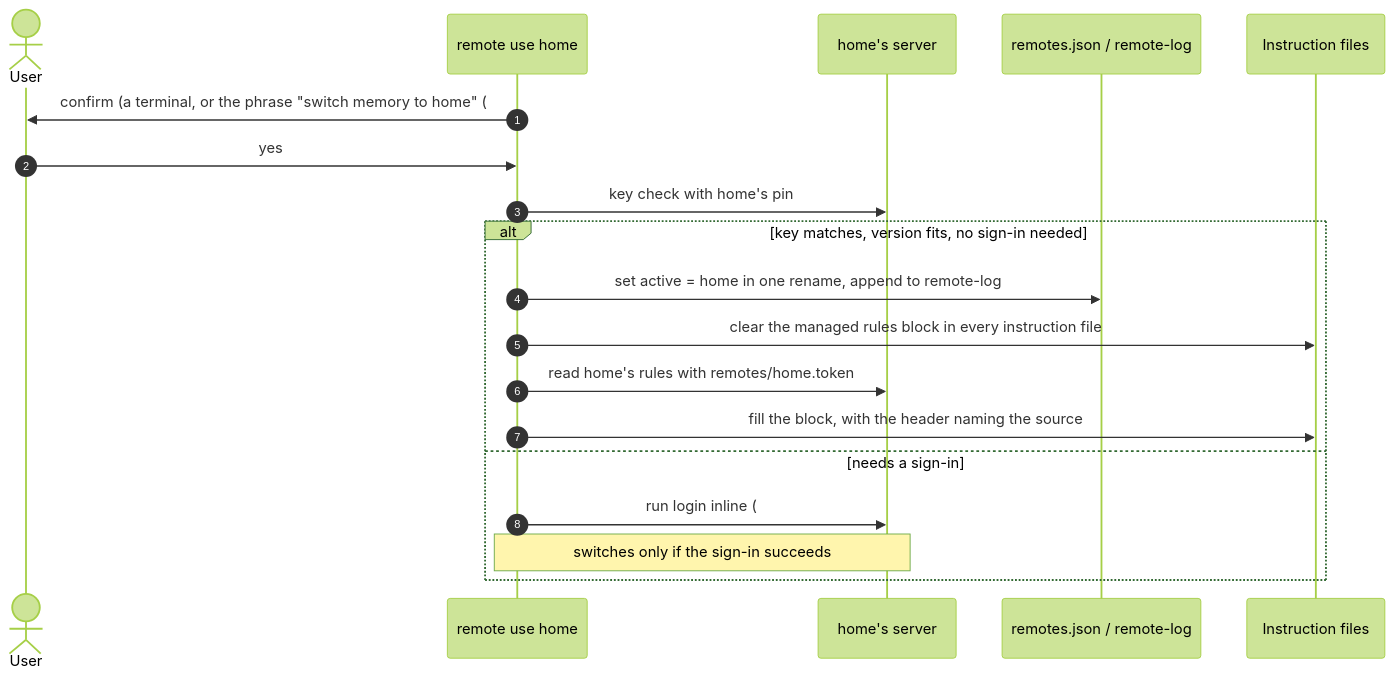
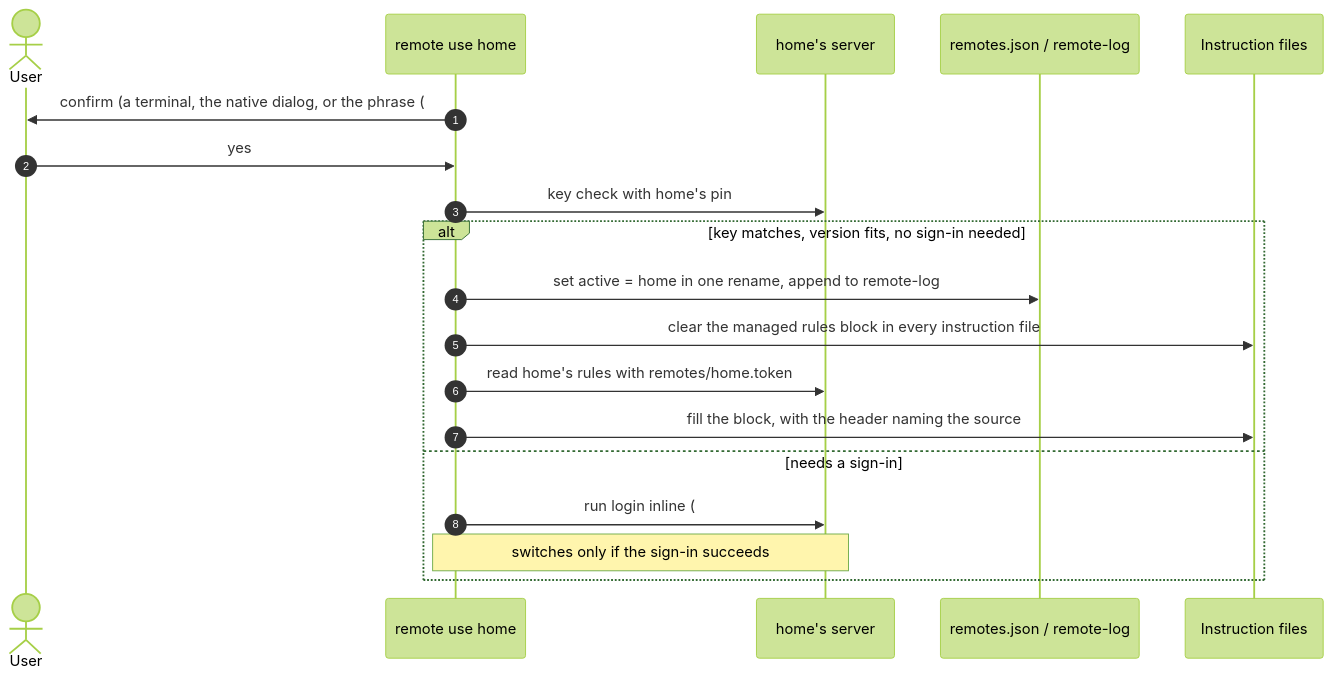
The third of 10 diagrams in design/05-remotes-and-switching.md (l7aromeo/user-memory), drawn with Mermaid (forest theme) before and after one commit. The commit also changed other lines of this file and 13 other files, not shown here.

````diff
--- a/design/05-remotes-and-switching.md
+++ b/design/05-remotes-and-switching.md
@@ -130,21 +132,21 @@
 ```mermaid
 sequenceDiagram
   autonumber
   actor U as User
   participant Use as remote use home
   participant T as home's server
   participant F as remotes.json / remote-log
   participant I as Instruction files
-  Use->>U: confirm (a terminal, or the phrase "switch memory to home" (#62))
+  Use->>U: confirm (a terminal, the native dialog, or the phrase (#62))
   U->>Use: yes
   Use->>T: key check with home's pin
   alt key matches, version fits, no sign-in needed
     Use->>F: set active = home in one rename, append to remote-log
     Use->>I: clear the managed rules block in every instruction file
     Use->>T: read home's rules with remotes/home.token
     Use->>I: fill the block, with the header naming the source
   else needs a sign-in
     Use->>T: run login inline (#64)
     Note over Use,T: switches only if the sign-in succeeds
   end
 ```
````
